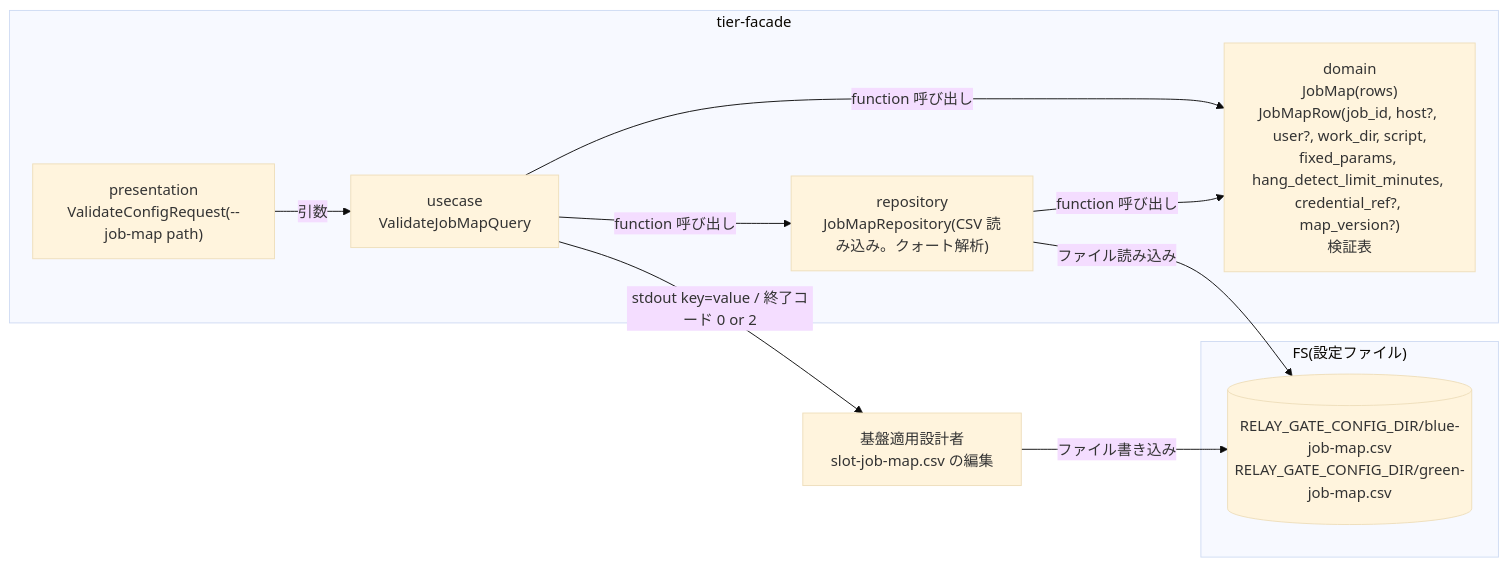
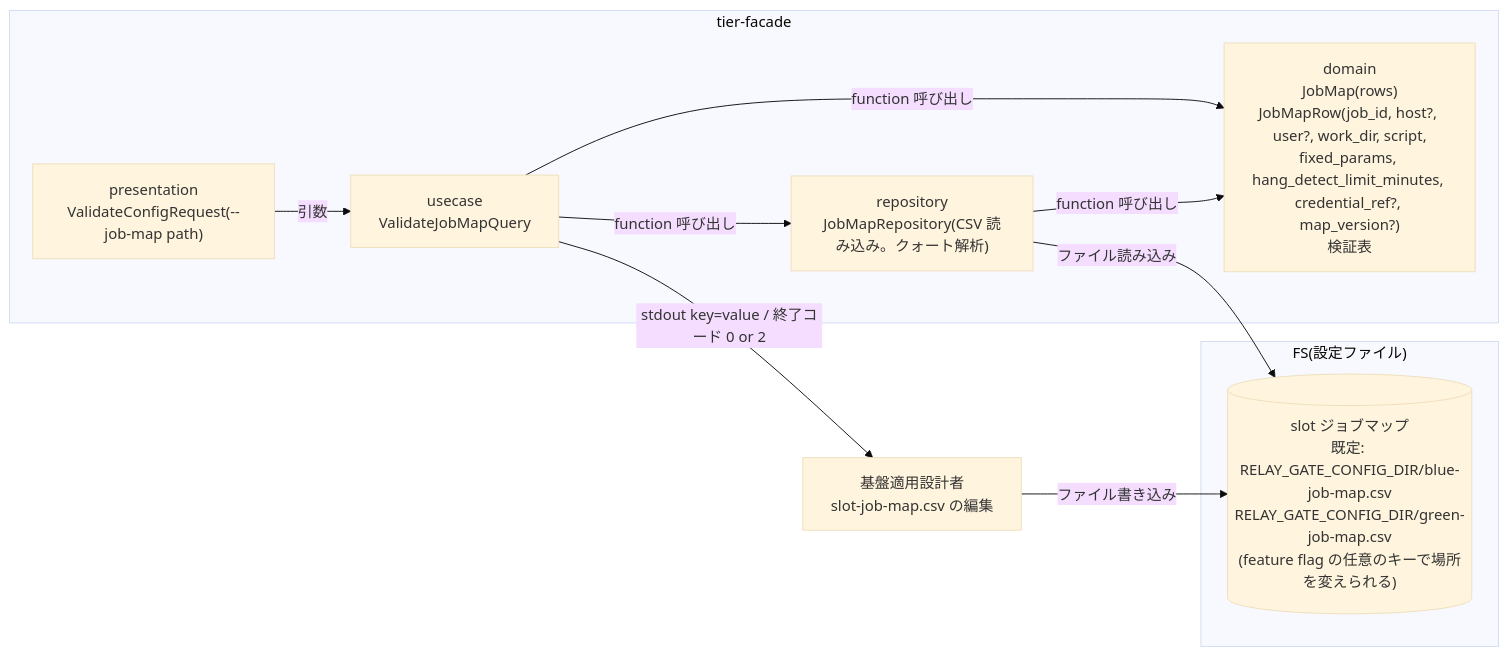
Before and after one commit to suwa-sh/relay-gate: the first of 2 diagrams in docs/specs/latest/適用構成業務/適用構成定義フロー/slot ごとのジョブマップを定義する/spec.md, drawn with Mermaid (base theme). The commit also changed other lines of this file and 1190 other files, not shown here.

First line of the commit message:
feat: feature flag を設定する (#18)

````diff
--- a/docs/specs/latest/適用構成業務/適用構成定義フロー/slot ごとのジョブマップを定義する/spec.md
+++ b/docs/specs/latest/適用構成業務/適用構成定義フロー/slot ごとのジョブマップを定義する/spec.md
@@ -9,20 +9,20 @@
 ```mermaid
 graph LR
   EDIT["基盤適用設計者\nslot-job-map.csv の編集"]
   subgraph FACADE["tier-facade"]
     P["presentation\nValidateConfigRequest(--job-map path)"]
     U["usecase\nValidateJobMapQuery"]
     D["domain\nJobMap(rows)\nJobMapRow(job_id, host?, user?, work_dir, script,\nfixed_params, hang_detect_limit_minutes, credential_ref?, map_version?)\n検証表"]
     R["repository\nJobMapRepository(CSV 読み込み。クォート解析)"]
     P -->|"引数"| U
     U -->|"function 呼び出し"| R
     R -->|"function 呼び出し"| D
     U -->|"function 呼び出し"| D
   end
   subgraph FS["FS(設定ファイル)"]
-    MAP[("RELAY_GATE_CONFIG_DIR/blue-job-map.csv\nRELAY_GATE_CONFIG_DIR/green-job-map.csv")]
+    MAP[("slot ジョブマップ\n既定: RELAY_GATE_CONFIG_DIR/blue-job-map.csv\nRELAY_GATE_CONFIG_DIR/green-job-map.csv\n(feature flag の任意のキーで場所を変えられる)")]
   end
   EDIT -->|"ファイル書き込み"| MAP
   R -->|"ファイル読み込み"| MAP
   U -->|"stdout key=value / 終了コード 0 or 2"| EDIT
 ```
````
